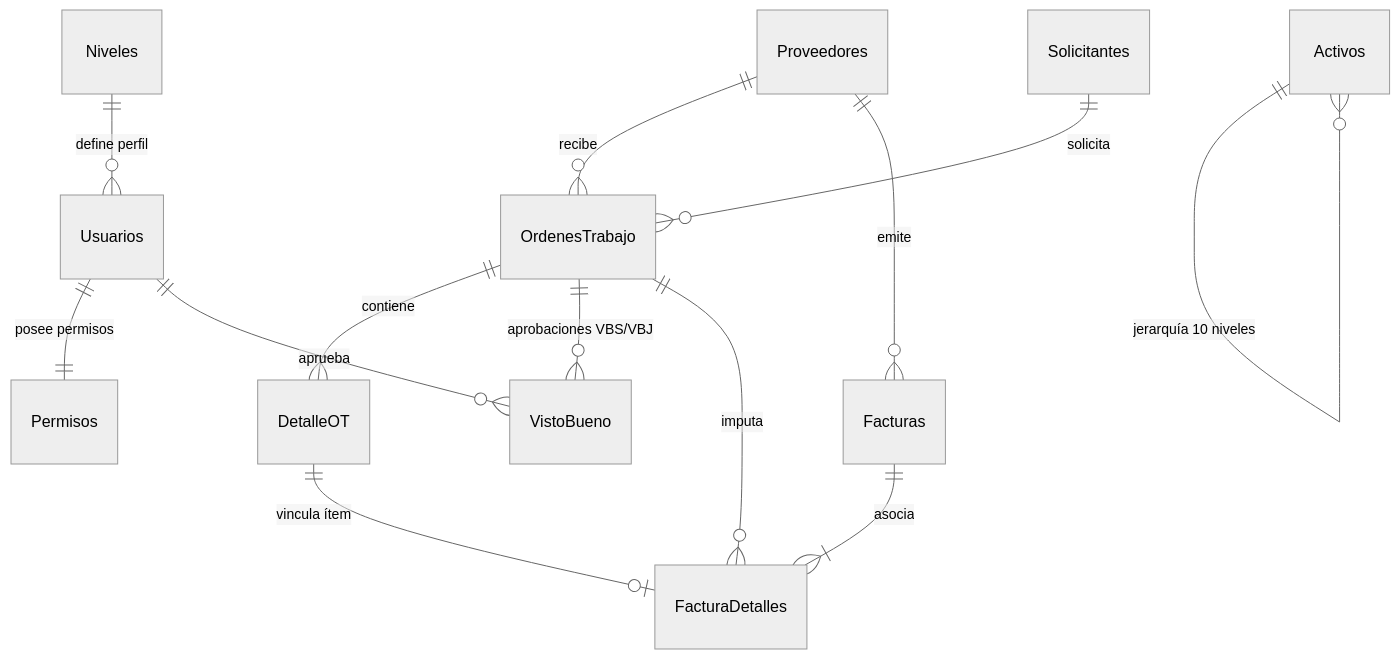
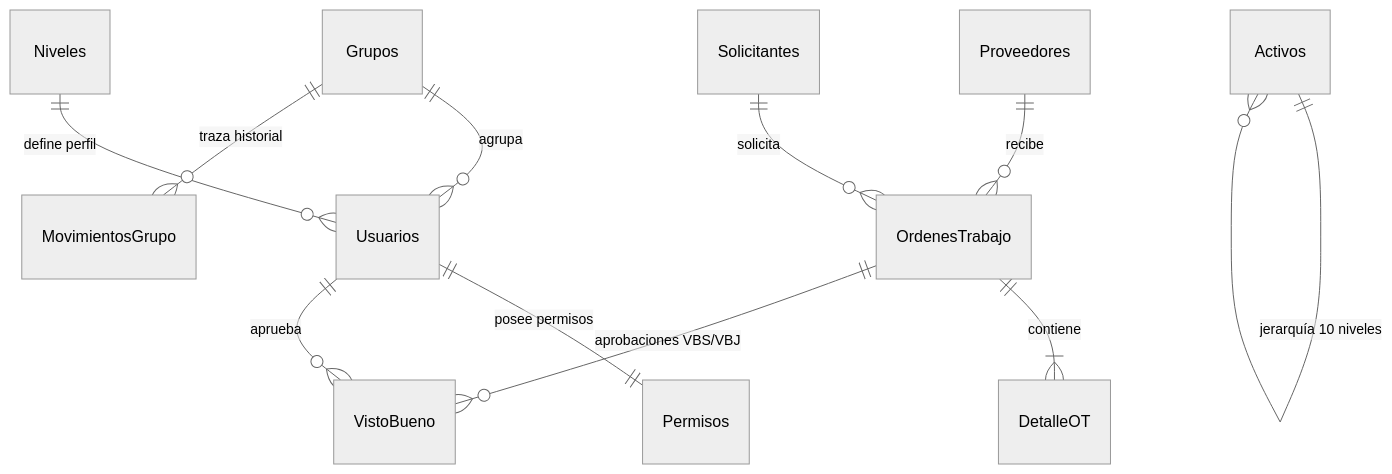
The second of 2 diagrams in docs/ARQUITECTURA_TECNICA.md (barriagada666-collab/SISPRO-Proveedores), drawn with Mermaid (neutral theme) before and after one commit. The commit also changed other lines of this file and 75 other files, not shown here.

````diff
--- a/docs/ARQUITECTURA_TECNICA.md
+++ b/docs/ARQUITECTURA_TECNICA.md
@@ -41,15 +41,13 @@
 ```mermaid
 erDiagram
     Niveles ||--o{ Usuarios : "define perfil"
     Usuarios ||--|| Permisos : "posee permisos"
     Proveedores ||--o{ OrdenesTrabajo : "recibe"
     Solicitantes ||--o{ OrdenesTrabajo : "solicita"
     Activos ||--o{ Activos : "jerarquía 10 niveles"
     OrdenesTrabajo ||--|{ DetalleOT : "contiene"
     OrdenesTrabajo ||--o{ VistoBueno : "aprobaciones VBS/VBJ"
     Usuarios ||--o{ VistoBueno : "aprueba"
-    Proveedores ||--o{ Facturas : "emite"
-    Facturas ||--|{ FacturaDetalles : "asocia"
-    OrdenesTrabajo ||--o{ FacturaDetalles : "imputa"
-    DetalleOT ||--o| FacturaDetalles : "vincula ítem"
+    Grupos ||--o{ Usuarios : "agrupa"
+    Grupos ||--o{ MovimientosGrupo : "traza historial"
 ```
````
